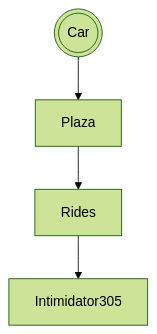
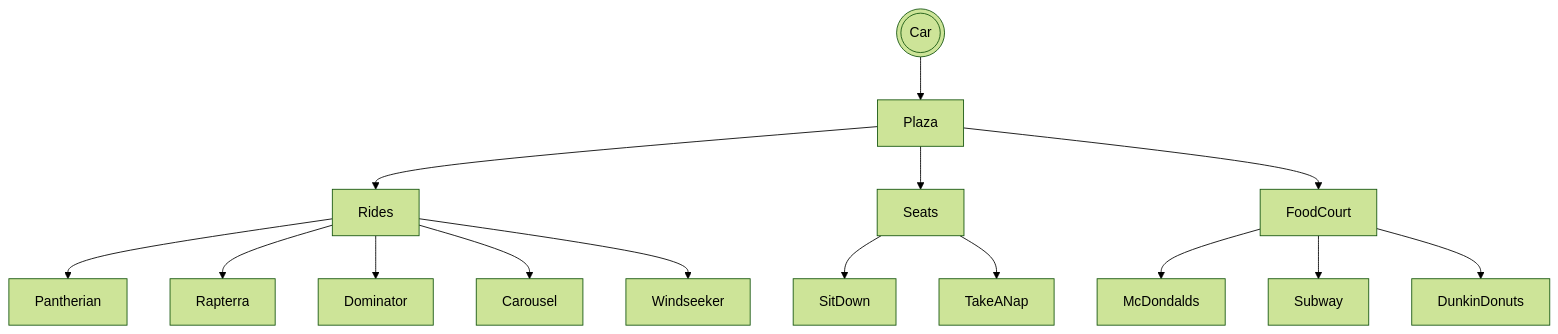
The diagram in projects/game/README.md (YMwhs/YMwhs.github.io), drawn with Mermaid (forest theme) before and after one commit.

Commit message:
Finished README

````diff
--- a/projects/game/README.md
+++ b/projects/game/README.md
@@ -7,6 +7,17 @@
 ```mermaid
 graph TD;
 	car(((Car)))-->Plaza;
-	Plaza-->Rides
-	Rides-->Intimidator305
+	Plaza-->Rides;
+	Rides-->Pantherian;
+	Rides-->Rapterra;
+	Rides-->Dominator;
+	Rides-->Carousel;
+	Rides-->Windseeker;
+	Plaza-->Seats;
+	Seats-->SitDown;
+	Seats-->TakeANap;
+	Plaza-->FoodCourt;
+	FoodCourt-->McDondalds;
+	FoodCourt-->Subway;
+	FoodCourt-->DunkinDonuts;
 ```
````
